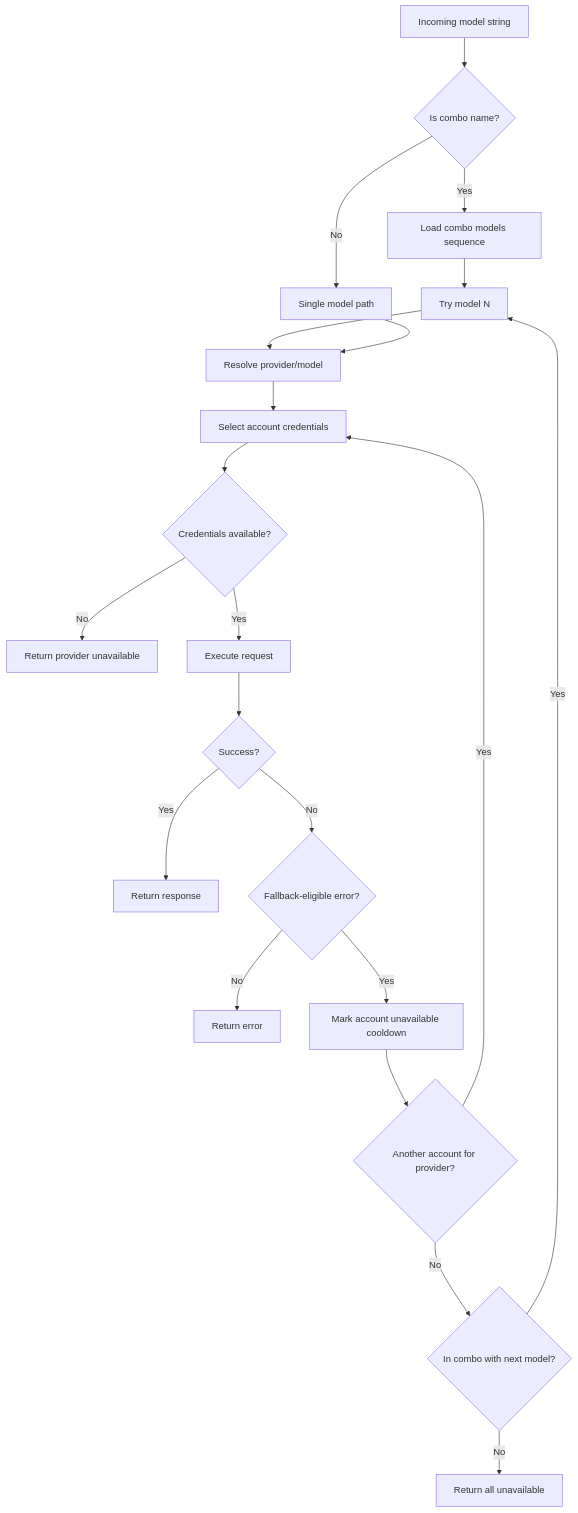
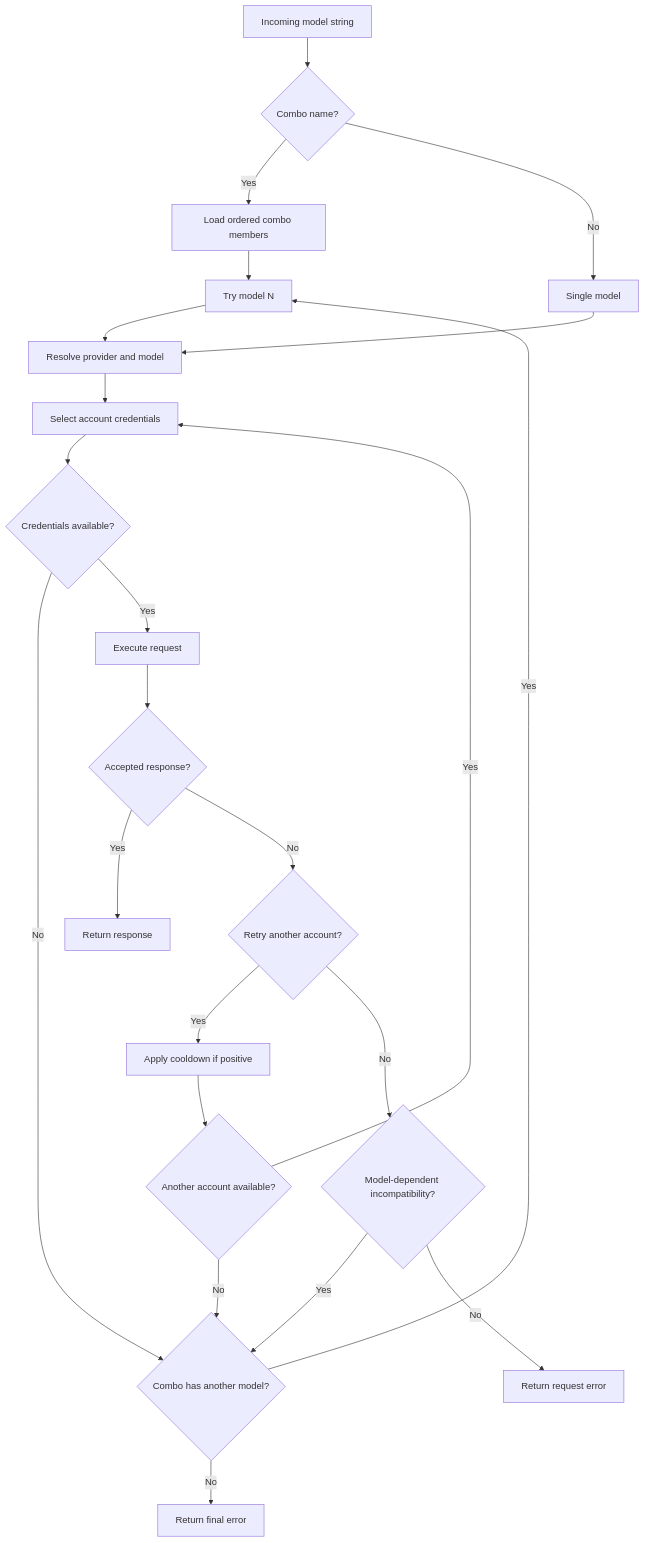
The third of 7 diagrams in docs/ARCHITECTURE.md (ByKitsune/kitsune-router), drawn with Mermaid before and after one commit. The commit also changed other lines of this file and 4 other files, not shown here.

````diff
--- a/docs/ARCHITECTURE.md
+++ b/docs/ARCHITECTURE.md
@@ -274,27 +278,25 @@
 ```mermaid
 flowchart TD
-    A[Incoming model string] --> B{Is combo name?}
-    B -- Yes --> C[Load combo models sequence]
-    B -- No --> D[Single model path]
-
+    A[Incoming model string] --> B{Combo name?}
+    B -- Yes --> C[Load ordered combo members]
+    B -- No --> D[Single model]
     C --> E[Try model N]
-    E --> F[Resolve provider/model]
+    E --> F[Resolve provider and model]
     D --> F
-
     F --> G[Select account credentials]
     G --> H{Credentials available?}
-    H -- No --> I[Return provider unavailable]
+    H -- No --> Q{Combo has another model?}
     H -- Yes --> J[Execute request]
-
-    J --> K{Success?}
+    J --> K{Accepted response?}
     K -- Yes --> L[Return response]
-    K -- No --> M{Fallback-eligible error?}
-
-    M -- No --> N[Return error]
-    M -- Yes --> O[Mark account unavailable cooldown]
-    O --> P{Another account for provider?}
+    K -- No --> M{Retry another account?}
+    M -- Yes --> O[Apply cooldown if positive]
+    O --> P{Another account available?}
     P -- Yes --> G
-    P -- No --> Q{In combo with next model?}
+    P -- No --> Q
+    M -- No --> S{Model-dependent incompatibility?}
+    S -- Yes --> Q
+    S -- No --> N[Return request error]
     Q -- Yes --> E
-    Q -- No --> R[Return all unavailable]
+    Q -- No --> R[Return final error]
 ```
````
